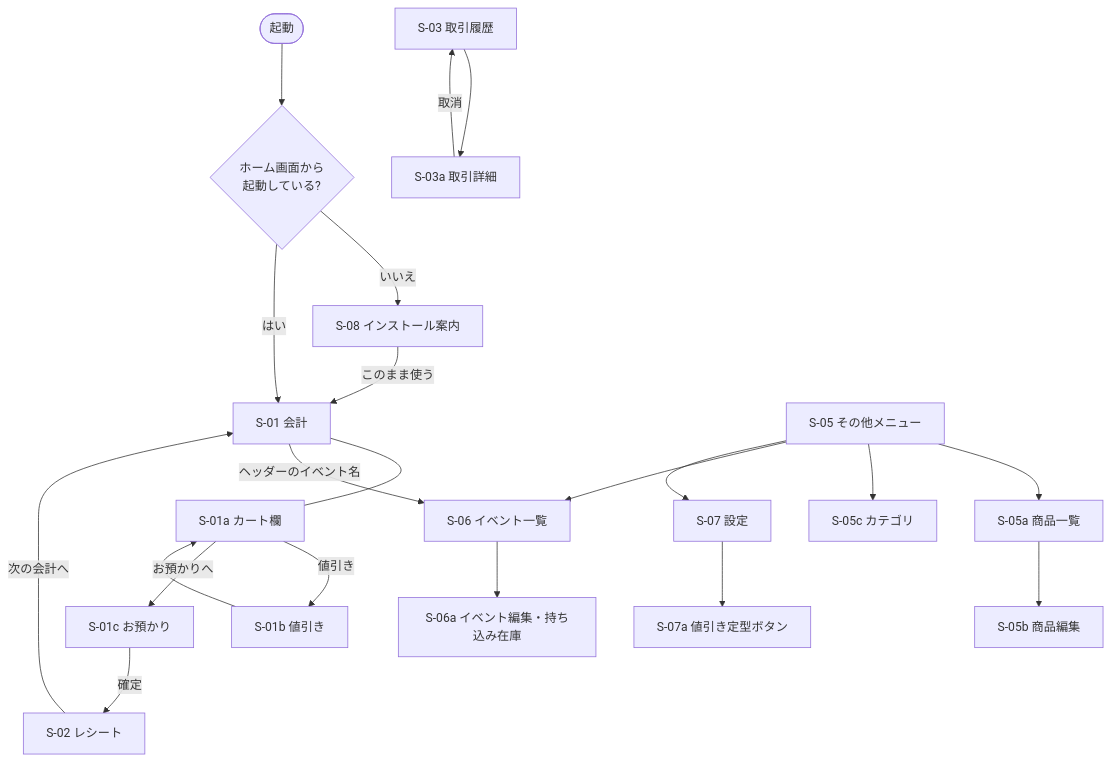
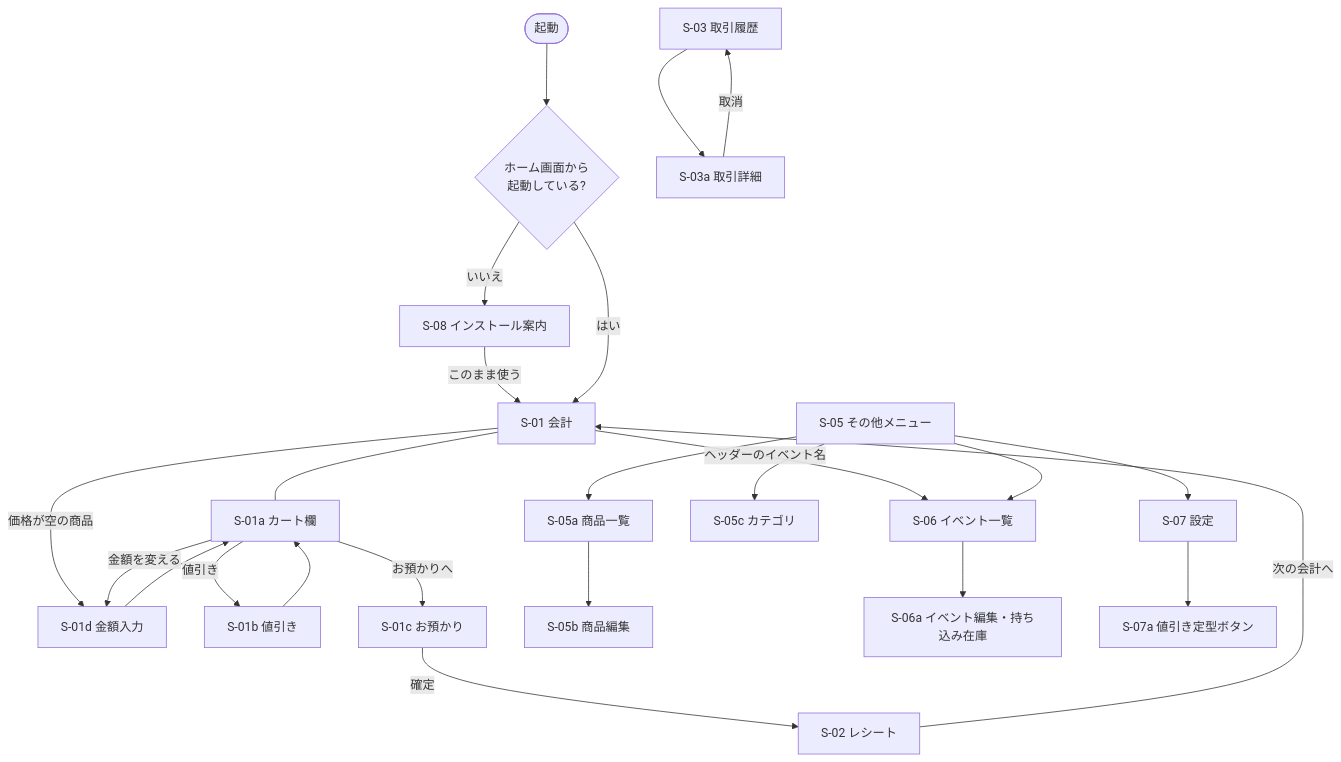
Before and after one commit to tuno1000/marche-register: the diagram in docs/02-screen-design.md, drawn with Mermaid. The commit also changed other lines of this file and 32 other files, not shown here.

````diff
--- a/docs/02-screen-design.md
+++ b/docs/02-screen-design.md
@@ -84,24 +86,27 @@
 ```mermaid
 flowchart TD
     Start([起動]) --> Check{ホーム画面から<br>起動している?}
     Check -- いいえ --> S08[S-08 インストール案内]
     S08 -- このまま使う --> S01
     Check -- はい --> S01[S-01 会計]
 
     S01 --- S01a[S-01a カート欄]
+    S01 -- 価格が空の商品 --> S01d[S-01d 金額入力]
+    S01d --> S01a
+    S01a -- 金額を変える --> S01d
     S01a -- 値引き --> S01b[S-01b 値引き]
     S01b --> S01a
     S01a -- お預かりへ --> S01c[S-01c お預かり]
     S01c -- 確定 --> S02[S-02 レシート]
     S02 -- 次の会計へ --> S01
     S01 -- ヘッダーのイベント名 --> S06
 
     S03[S-03 取引履歴] --> S03a[S-03a 取引詳細]
     S03a -- 取消 --> S03
 
     S05[S-05 その他メニュー] --> S05a[S-05a 商品一覧] --> S05b[S-05b 商品編集]
     S05 --> S05c[S-05c カテゴリ]
     S05 --> S06[S-06 イベント一覧] --> S06a[S-06a イベント編集・持ち込み在庫]
 
     S05 --> S07[S-07 設定] --> S07a[S-07a 値引き定型ボタン]
 ```
````
